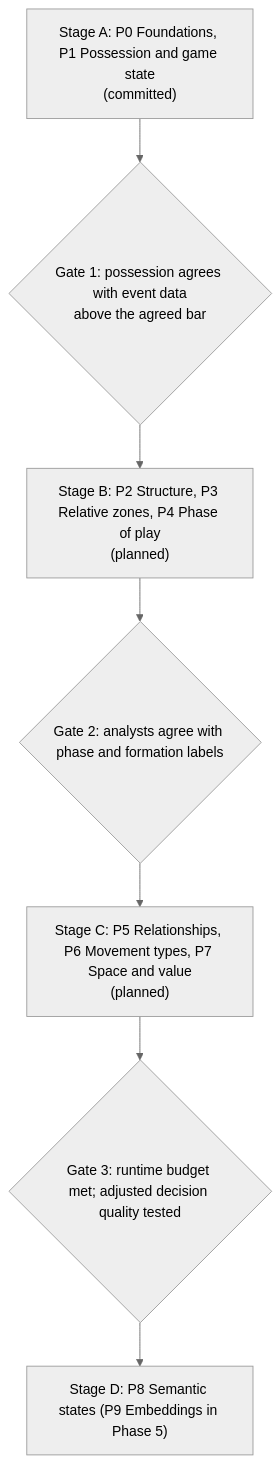
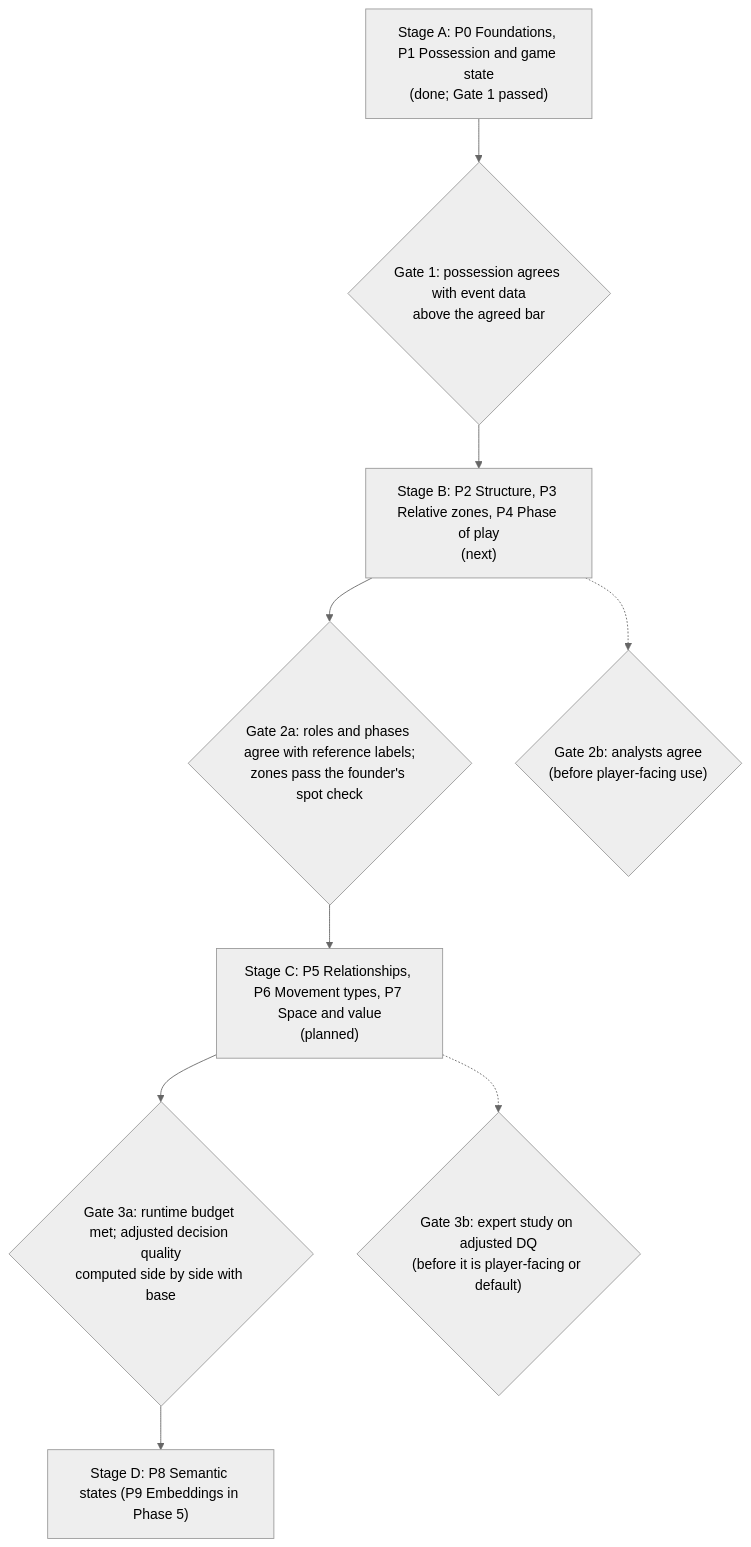
The diagram in ponta-blueprint/context-packages.md (cgvgukapps/ponta-blueprint), drawn with Mermaid (neutral theme) before and after one commit. The commit also changed other lines of this file and 3 other files, not shown here.

First line of the commit message:
Context decision 4a: proceed through the stages against reference labels

````diff
--- a/ponta-blueprint/context-packages.md
+++ b/ponta-blueprint/context-packages.md
@@ -75,11 +76,13 @@
 ```mermaid
 flowchart TB
-  A["Stage A: P0 Foundations, P1 Possession and game state<br/>(committed)"]
+  A["Stage A: P0 Foundations, P1 Possession and game state<br/>(done; Gate 1 passed)"]
   G1{"Gate 1: possession agrees with event data<br/>above the agreed bar"}
-  B["Stage B: P2 Structure, P3 Relative zones, P4 Phase of play<br/>(planned)"]
-  G2{"Gate 2: analysts agree with phase and formation labels"}
+  B["Stage B: P2 Structure, P3 Relative zones, P4 Phase of play<br/>(next)"]
+  G2{"Gate 2a: roles and phases agree with reference labels;<br/>zones pass the founder's spot check"}
   C["Stage C: P5 Relationships, P6 Movement types, P7 Space and value<br/>(planned)"]
-  G3{"Gate 3: runtime budget met; adjusted decision quality tested"}
+  G3{"Gate 3a: runtime budget met; adjusted decision quality<br/>computed side by side with base"}
   D["Stage D: P8 Semantic states (P9 Embeddings in Phase 5)"]
   A --> G1 --> B --> G2 --> C --> G3 --> D
+  B -.-> G2b{"Gate 2b: analysts agree<br/>(before player-facing use)"}
+  C -.-> G3b{"Gate 3b: expert study on adjusted DQ<br/>(before it is player-facing or default)"}
 ```
````
